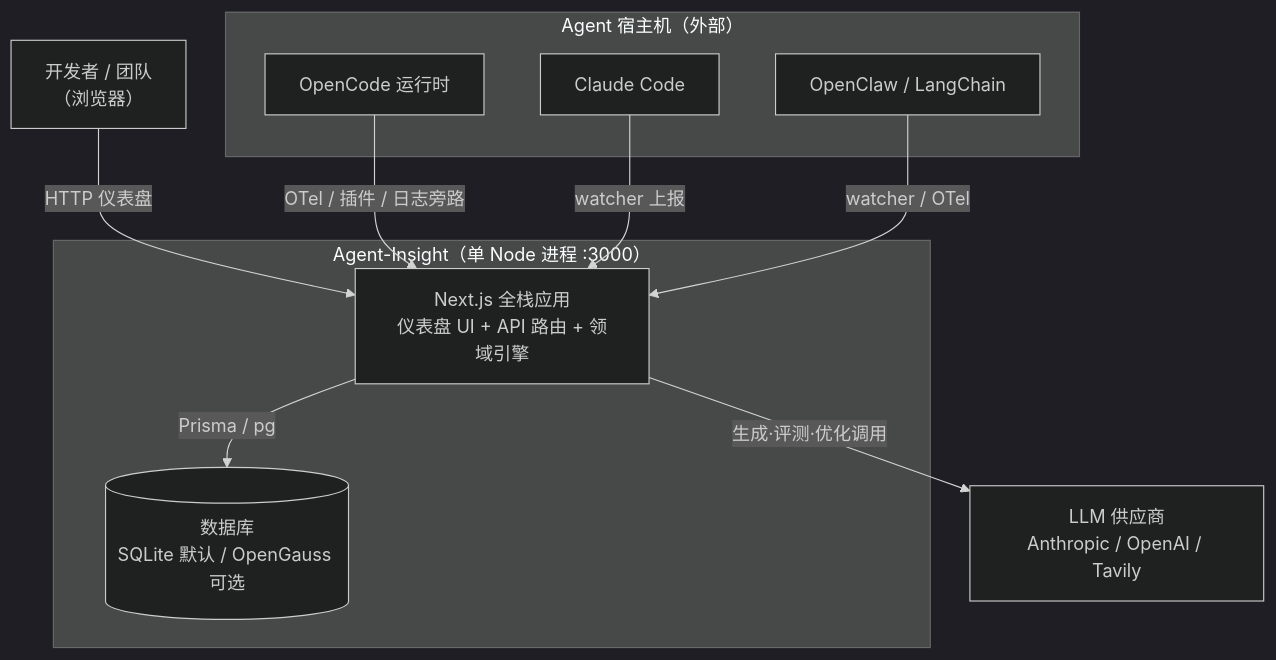
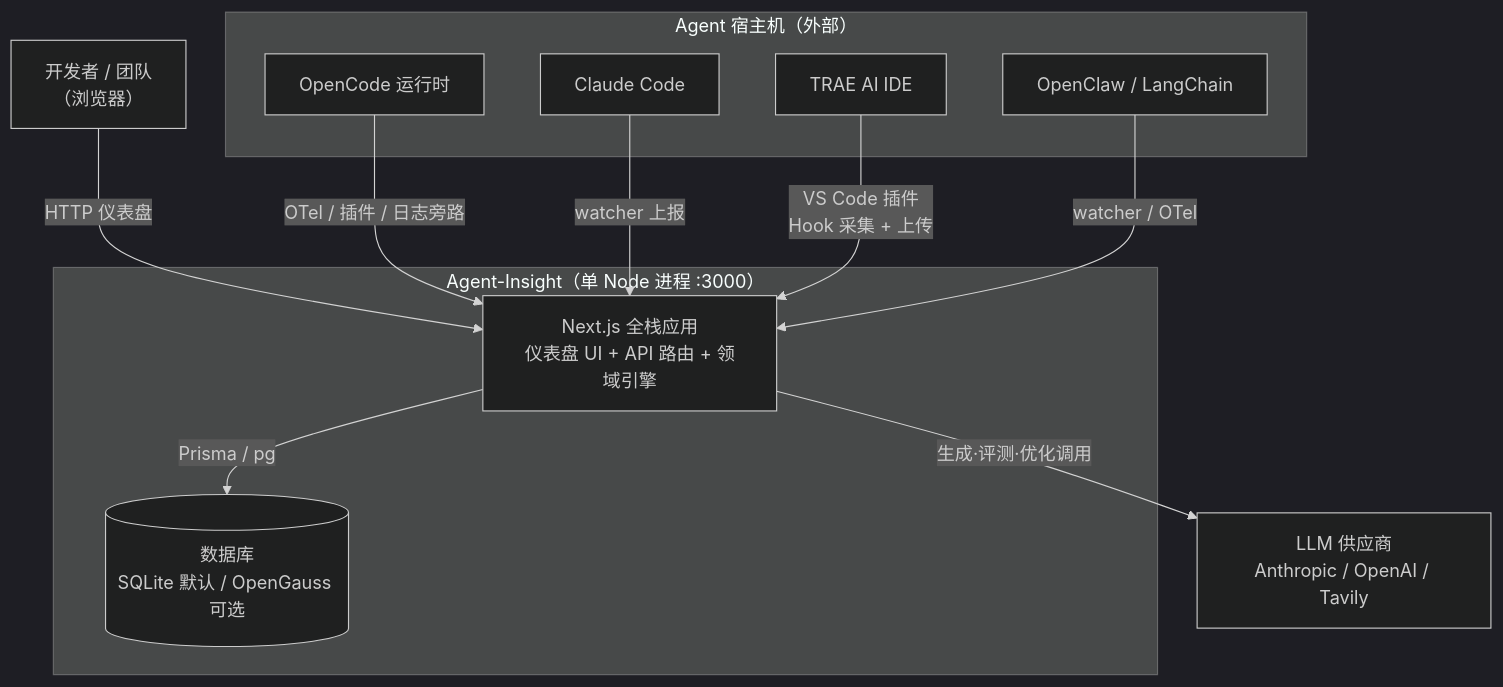
Before and after one commit to openeuler-mirror/agent-insight: the first of 5 diagrams in docs/developer-guide/01-architecture.md, drawn with Mermaid (dark theme). The commit also changed other lines of this file and 6 other files, not shown here.

First line of the commit message:
docs: add TRAE AI IDE integration support and docs

````diff
--- a/docs/developer-guide/01-architecture.md
+++ b/docs/developer-guide/01-architecture.md
@@ -118,22 +118,24 @@
 ```mermaid
 flowchart TB
     subgraph hosts["Agent 宿主机（外部）"]
         oc["OpenCode 运行时"]
         cc["Claude Code"]
+        trae["TRAE AI IDE"]
         ocl["OpenClaw / LangChain"]
     end
     user["开发者 / 团队<br/>（浏览器）"]
     llm["LLM 供应商<br/>Anthropic / OpenAI / Tavily"]
 
     subgraph ai["Agent-Insight（单 Node 进程 :3000）"]
         web["Next.js 全栈应用<br/>仪表盘 UI + API 路由 + 领域引擎"]
         db[("数据库<br/>SQLite 默认 / OpenGauss 可选")]
     end
 
     user -->|HTTP 仪表盘| web
     oc -->|OTel / 插件 / 日志旁路| web
     cc -->|watcher 上报| web
+    trae -->|VS Code 插件<br/>Hook 采集 + 上传| web
     ocl -->|watcher / OTel| web
     web -->|Prisma / pg| db
     web -->|生成·评测·优化调用| llm
 ```
````
